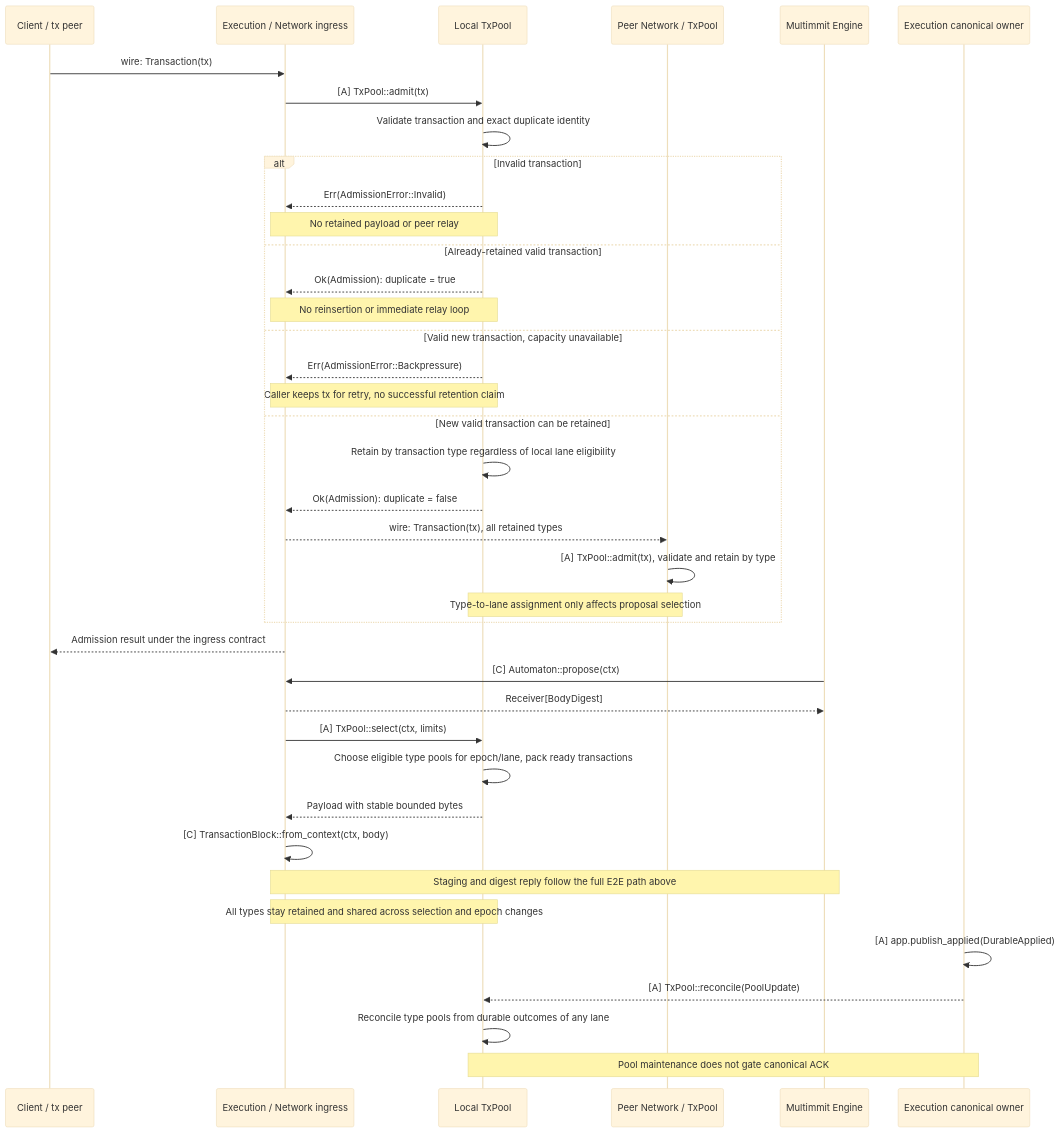
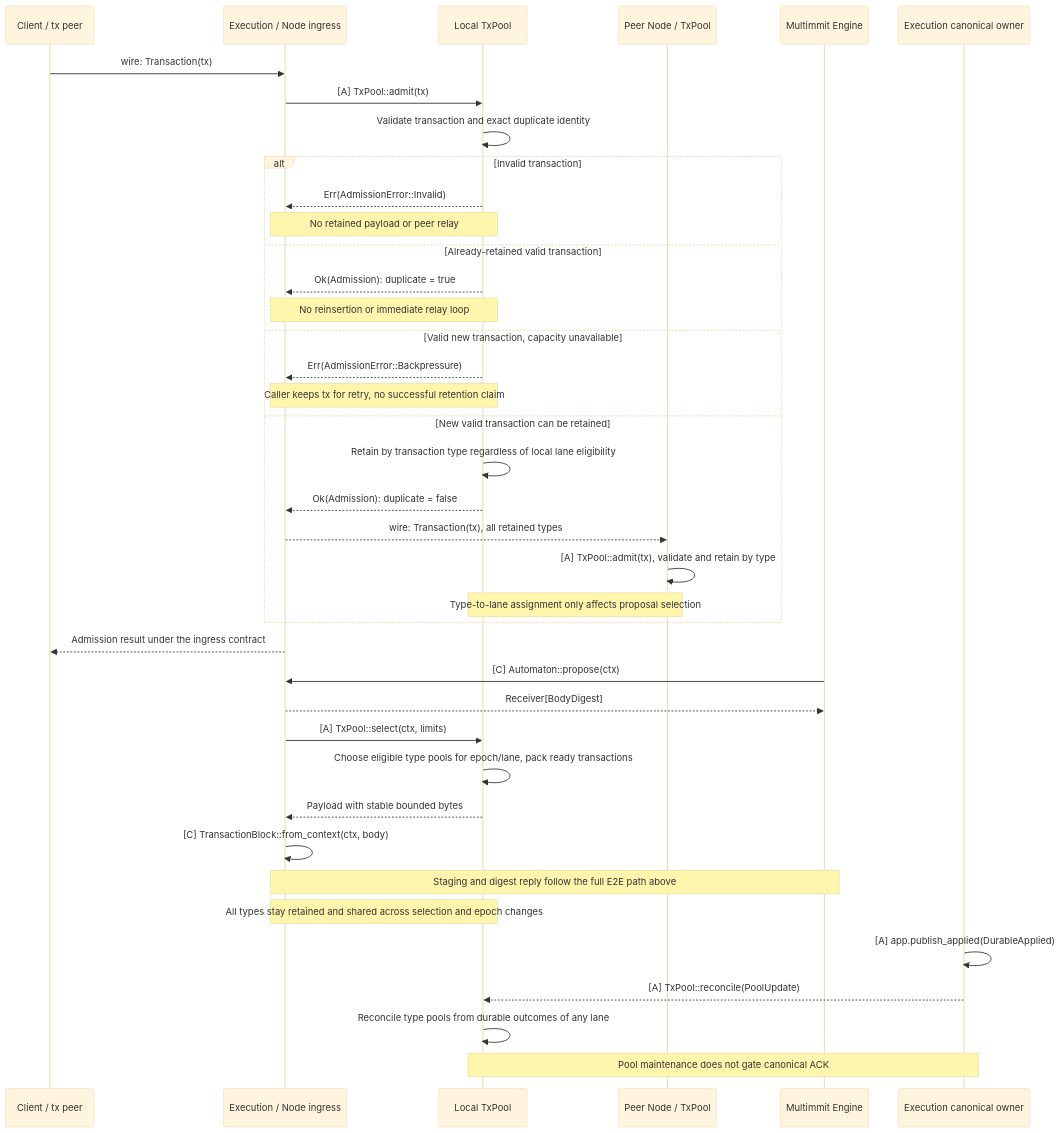
One commit to djm07073/baton changed the third of 3 diagrams in docs/02-e2e/01-transaction-to-state.md. Above: the diagram before and after it, drawn with Mermaid (base theme). The commit also changed 33 other files, not shown here.

Commit message:
refactor: rename network crate to node

````diff
--- a/docs/02-e2e/01-transaction-to-state.md
+++ b/docs/02-e2e/01-transaction-to-state.md
@@ -122,41 +122,41 @@
 ```mermaid
 sequenceDiagram
     participant C as Client / tx peer
-    participant A as Execution / Network ingress
+    participant A as Execution / Node ingress
     participant P as Local TxPool
-    participant Q as Peer Network / TxPool
+    participant Q as Peer Node / TxPool
     participant N as Multimmit Engine
     participant W as Execution canonical owner
     C->>A: wire: Transaction(tx)
     A->>P: [A] TxPool::admit(tx)
     P->>P: Validate transaction and exact duplicate identity
     alt Invalid transaction
         P-->>A: Err(AdmissionError::Invalid)
         Note over A,P: No retained payload or peer relay
     else Already-retained valid transaction
         P-->>A: Ok(Admission): duplicate = true
         Note over A,P: No reinsertion or immediate relay loop
     else Valid new transaction, capacity unavailable
         P-->>A: Err(AdmissionError::Backpressure)
         Note over A,P: Caller keeps tx for retry, no successful retention claim
     else New valid transaction can be retained
         P->>P: Retain by transaction type regardless of local lane eligibility
         P-->>A: Ok(Admission): duplicate = false
         A-->>Q: wire: Transaction(tx), all retained types
         Q->>Q: [A] TxPool::admit(tx), validate and retain by type
         Note over P,Q: Type-to-lane assignment only affects proposal selection
     end
     A-->>C: Admission result under the ingress contract
     N->>A: [C] Automaton::propose(ctx)
     A-->>N: Receiver[BodyDigest]
     A->>P: [A] TxPool::select(ctx, limits)
     P->>P: Choose eligible type pools for epoch/lane, pack ready transactions
     P-->>A: Payload with stable bounded bytes
     A->>A: [C] TransactionBlock::from_context(ctx, body)
     Note over A,N: Staging and digest reply follow the full E2E path above
     Note over A,P: All types stay retained and shared across selection and epoch changes
     W->>W: [A] app.publish_applied(DurableApplied)
     W-->>P: [A] TxPool::reconcile(PoolUpdate)
     P->>P: Reconcile type pools from durable outcomes of any lane
     Note over W,P: Pool maintenance does not gate canonical ACK
 ```
````
